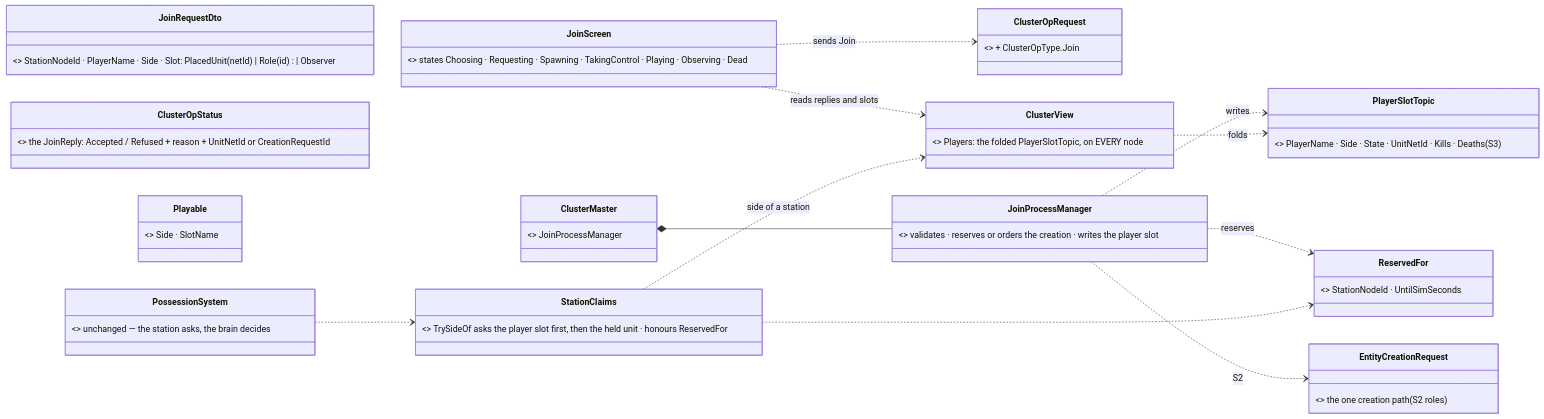
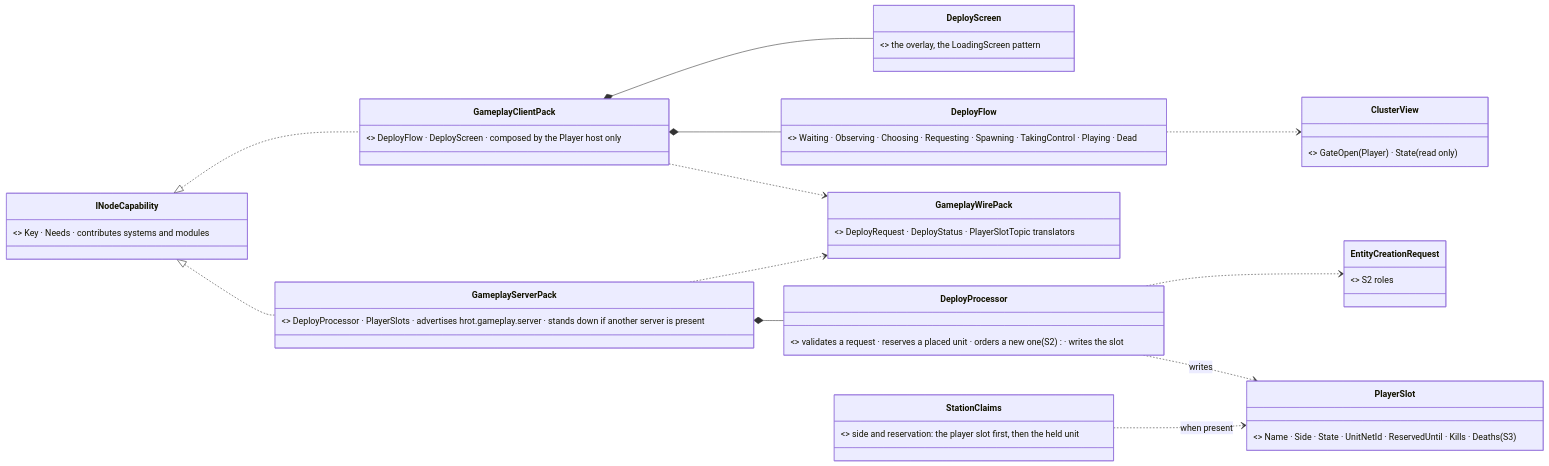
One commit to pjanec/HROT changed the second of 3 diagrams in docs/DESIGN_Player_Join.md. Above: the diagram before and after it, drawn with Mermaid. The commit also changed other lines of this file and 3 other files, not shown here.

First line of the commit message:
design: Player Join rev 2 — gameplay as packs (server pack on an ECS node with --gameplay, client pack on the Player host, own gameplay topics); orchestrator and mil-sim untouched; name Deploy; no server ⇒ observer. Rulings R-4101 (IG = the Player's obsolete name), R-4102 (gameplay is packs), R-4103

````diff
--- a/docs/DESIGN_Player_Join.md
+++ b/docs/DESIGN_Player_Join.md
@@ -73,27 +96,26 @@
 ```mermaid
 classDiagram
     direction LR
-    class JoinScreen { <<new, ui — Player host>> states Choosing · Requesting · Spawning · TakingControl · Playing · Observing · Dead }
-    class JoinRequestDto { <<new>> StationNodeId · PlayerName · Side · Slot: PlacedUnit(netId) | Role(id) | Observer }
-    class ClusterOpRequest { <<existing>> + ClusterOpType.Join }
-    class ClusterOpStatus { <<existing>> the JoinReply: Accepted / Refused + reason + UnitNetId or CreationRequestId }
-    class ClusterMaster { <<existing, grows>> JoinProcessManager }
-    class JoinProcessManager { <<new, Orchestrator>> validates · reserves or orders the creation · writes the player slot }
-    class PlayerSlotTopic { <<new, keyed by StationNodeId, TransientLocal>> PlayerName · Side · State · UnitNetId · Kills · Deaths (S3) }
-    class ClusterView { <<existing, grows>> Players: the folded PlayerSlotTopic, on EVERY node }
-    class StationClaims { <<existing, grows>> TrySideOf asks the player slot first, then the held unit · honours ReservedFor }
-    class ReservedFor { <<new component>> StationNodeId · UntilSimSeconds }
-    class Playable { <<new component, authored>> Side · SlotName }
-    class EntityCreationRequest { <<existing>> the one creation path (S2 roles) }
-    class PossessionSystem { <<existing>> unchanged — the station asks, the brain decides }
-    JoinScreen ..> ClusterOpRequest : sends Join
-    JoinScreen ..> ClusterView : reads replies and slots
-    ClusterMaster *-- JoinProcessManager
-    JoinProcessManager ..> PlayerSlotTopic : writes
-    JoinProcessManager ..> ReservedFor : reserves
-    JoinProcessManager ..> EntityCreationRequest : S2
-    ClusterView ..> PlayerSlotTopic : folds
-    StationClaims ..> ClusterView : side of a station
-    StationClaims ..> ReservedFor
-    PossessionSystem ..> StationClaims
+    class INodeCapability { <<existing>> Key · Needs · contributes systems and modules }
+    class GameplayServerPack { <<new, Hrot.Gameplay>> DeployProcessor · PlayerSlots · advertises hrot.gameplay.server · stands down if another server is present }
+    class GameplayClientPack { <<new, Hrot.Gameplay>> DeployFlow · DeployScreen · composed by the Player host only }
+    class GameplayWirePack { <<new, Hrot.Gameplay>> DeployRequest · DeployStatus · PlayerSlotTopic translators }
+    class DeployProcessor { <<new>> validates a request · reserves a placed unit · orders a new one (S2) · writes the slot }
+    class PlayerSlot { <<new, keyed by StationNodeId>> Name · Side · State · UnitNetId · ReservedUntil · Kills · Deaths (S3) }
+    class DeployFlow { <<new, per Player, private>> Waiting · Observing · Choosing · Requesting · Spawning · TakingControl · Playing · Dead }
+    class DeployScreen { <<new>> the overlay, the LoadingScreen pattern }
+    class StationClaims { <<existing, grows>> side and reservation: the player slot first, then the held unit }
+    class ClusterView { <<existing>> GateOpen(Player) · State (read only) }
+    class EntityCreationRequest { <<existing>> S2 roles }
+    INodeCapability <|.. GameplayServerPack
+    INodeCapability <|.. GameplayClientPack
+    GameplayServerPack *-- DeployProcessor
+    GameplayServerPack ..> GameplayWirePack
+    GameplayClientPack ..> GameplayWirePack
+    GameplayClientPack *-- DeployFlow
+    GameplayClientPack *-- DeployScreen
+    DeployProcessor ..> PlayerSlot : writes
+    DeployProcessor ..> EntityCreationRequest
+    DeployFlow ..> ClusterView
+    StationClaims ..> PlayerSlot : when present
 ```
````
